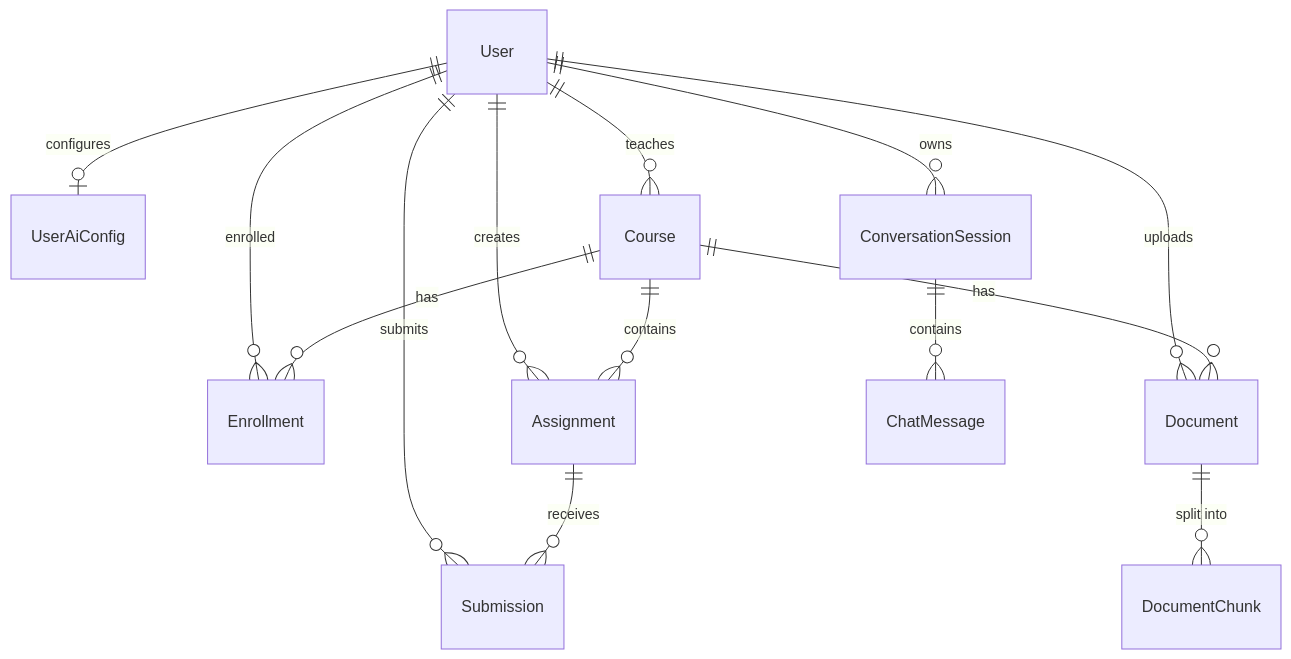
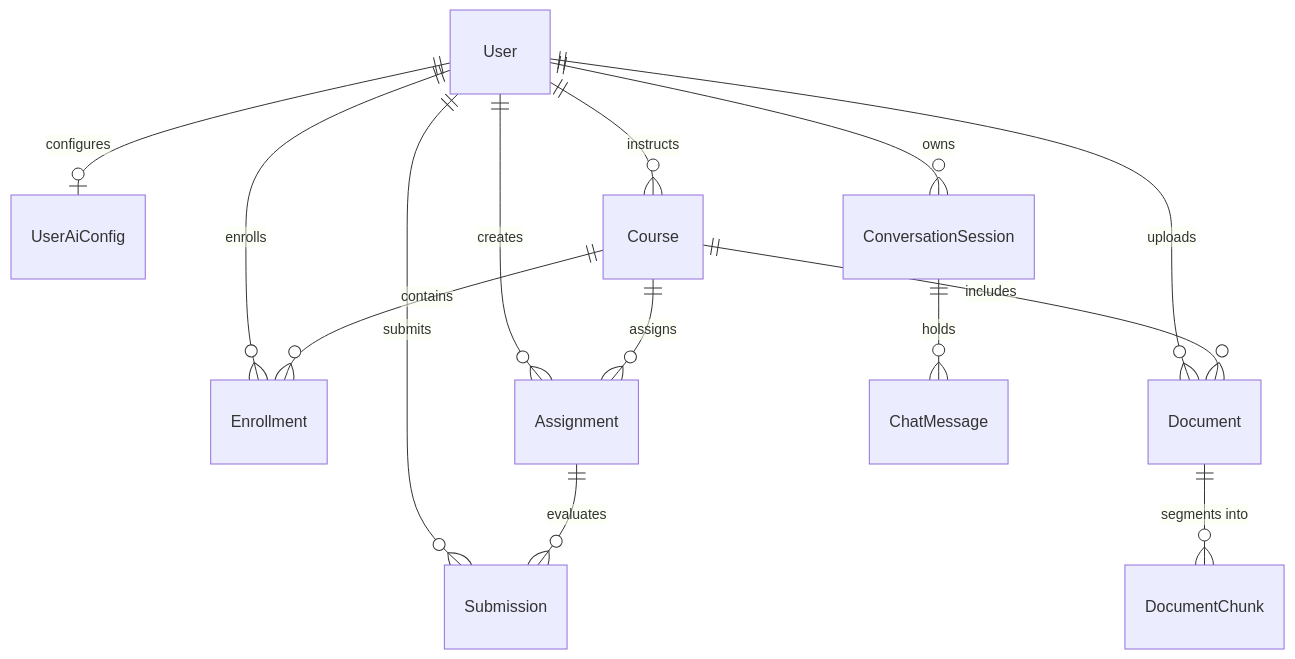
One commit to Dheerajdvn/AI-School-Management-System changed the diagram in Database.md. Above: the diagram before and after it, drawn with Mermaid. The commit also changed other lines of this file and 84 other files, not shown here.

````diff
--- a/Database.md
+++ b/Database.md
@@ -93,18 +44,18 @@
 ```mermaid
 erDiagram
     User ||--o| UserAiConfig : "configures"
-    User ||--o{ Course : "teaches"
-    User ||--o{ Enrollment : "enrolled"
+    User ||--o{ Course : "instructs"
+    User ||--o{ Enrollment : "enrolls"
     User ||--o{ Assignment : "creates"
     User ||--o{ Submission : "submits"
     User ||--o{ ConversationSession : "owns"
     User ||--o{ Document : "uploads"
     
-    Course ||--o{ Enrollment : "has"
-    Course ||--o{ Assignment : "contains"
-    Course ||--o{ Document : "has"
+    Course ||--o{ Enrollment : "contains"
+    Course ||--o{ Assignment : "assigns"
+    Course ||--o{ Document : "includes"
     
-    Assignment ||--o{ Submission : "receives"
-    Document ||--o{ DocumentChunk : "split into"
-    ConversationSession ||--o{ ChatMessage : "contains"
+    Assignment ||--o{ Submission : "evaluates"
+    Document ||--o{ DocumentChunk : "segments into"
+    ConversationSession ||--o{ ChatMessage : "holds"
 ```
````
